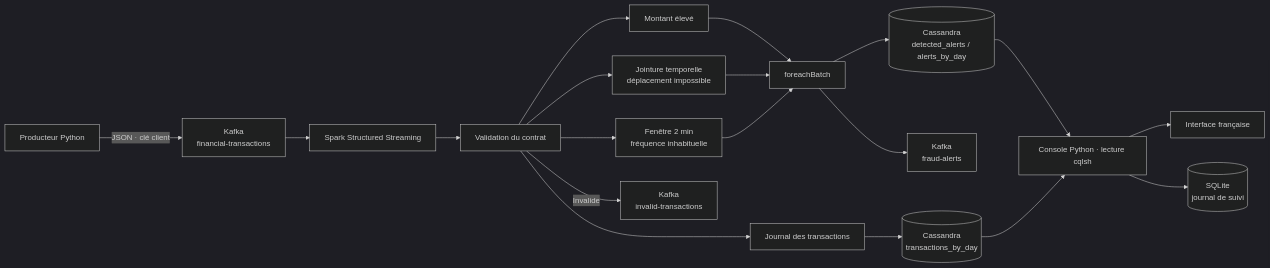
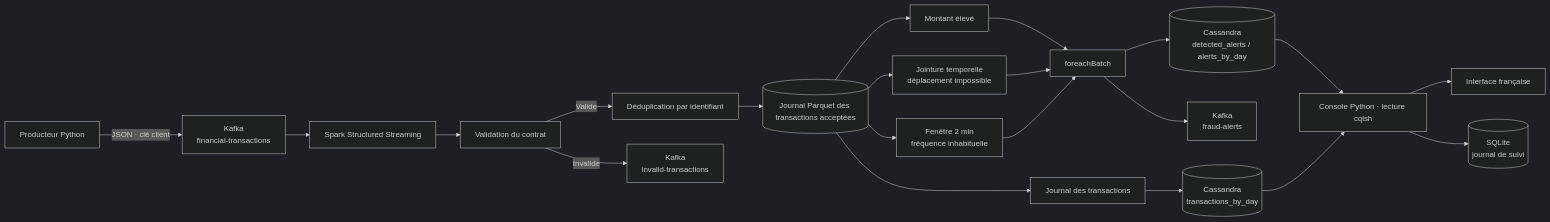
One commit to duabamo/vigie changed the diagram in docs/rapport.md. Above: the diagram before and after it, drawn with Mermaid (dark theme). The commit also changed other lines of this file and 13 other files, not shown here.

````diff
--- a/docs/rapport.md
+++ b/docs/rapport.md
@@ -36,18 +36,20 @@
 ```mermaid
 flowchart LR
     P[Producteur Python] -->|JSON · clé client| K[Kafka\nfinancial-transactions]
     K --> S[Spark Structured Streaming]
     S --> V[Validation du contrat]
-    V --> M[Montant élevé]
-    V --> I[Jointure temporelle\ndéplacement impossible]
-    V --> F[Fenêtre 2 min\nfréquence inhabituelle]
-    V --> T[Journal des transactions]
+    V -->|Valide| D[Déduplication par identifiant]
+    D --> Q[(Journal Parquet des transactions acceptées)]
+    Q --> M[Montant élevé]
+    Q --> I[Jointure temporelle\ndéplacement impossible]
+    Q --> F[Fenêtre 2 min\nfréquence inhabituelle]
+    Q --> T[Journal des transactions]
     V -->|Invalide| R[Kafka\ninvalid-transactions]
     M & I & F --> B[foreachBatch]
     B --> C[(Cassandra\ndetected_alerts / alerts_by_day)]
     B --> A[Kafka\nfraud-alerts]
     T --> J[(Cassandra\ntransactions_by_day)]
     C & J --> API[Console Python · lecture cqlsh]
     API --> UI[Interface française]
     API --> L[(SQLite\njournal de suivi)]
 ```
````
